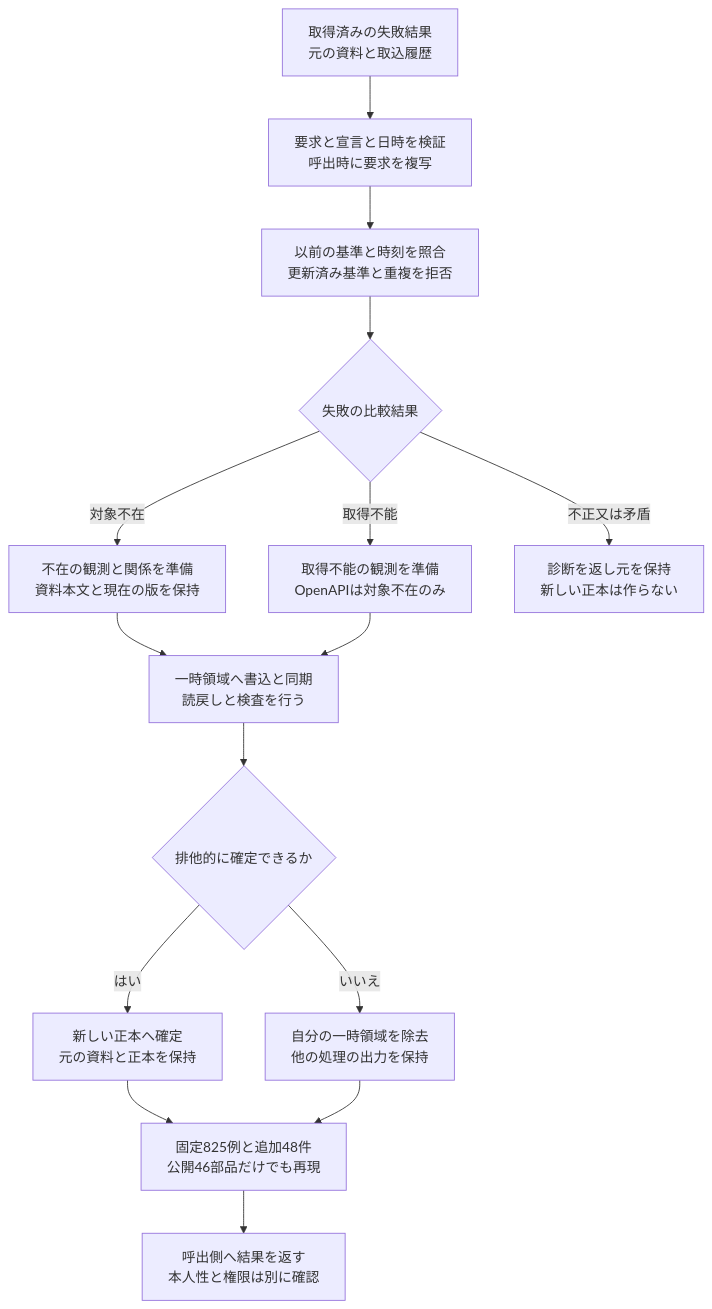
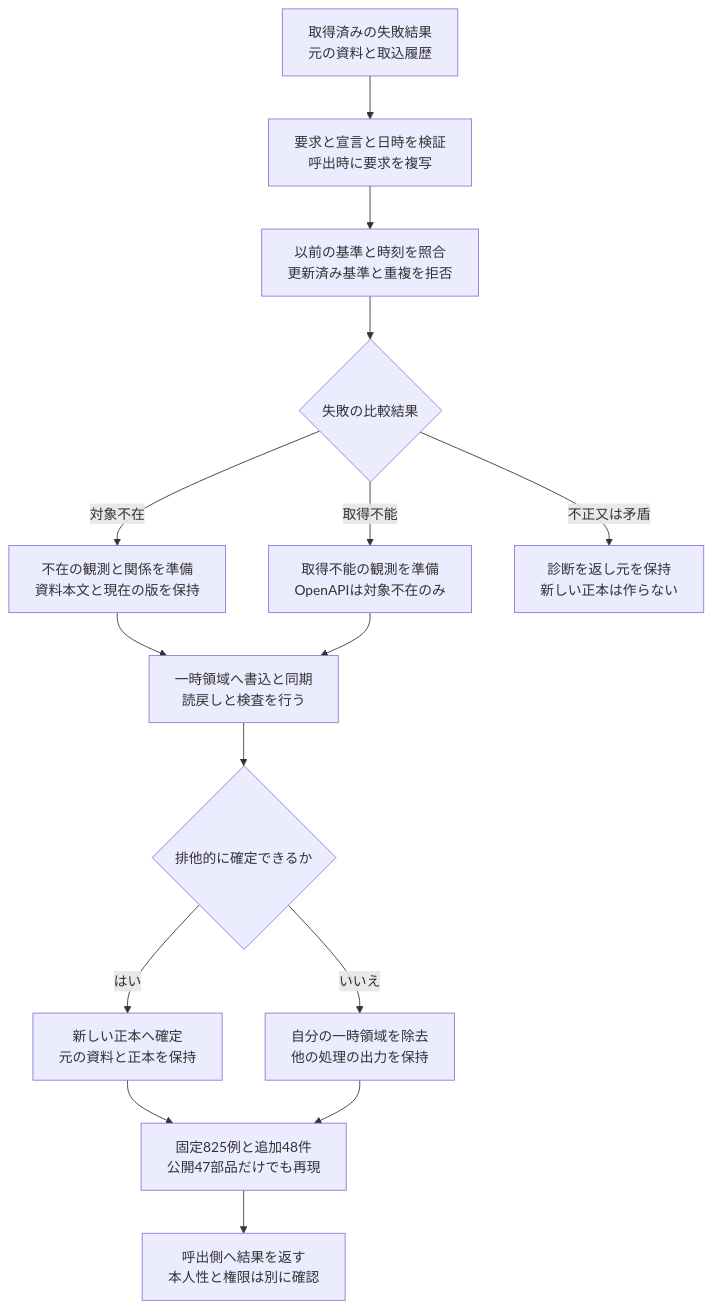
One commit to koukemo/morivyx changed the diagram in docs/diagrams/python-import-availability.mmd. Above: the diagram before and after it, drawn with Mermaid. The commit also changed 48 other files, not shown here.

```diff
--- a/docs/diagrams/python-import-availability.mmd
+++ b/docs/diagrams/python-import-availability.mmd
@@ -1,15 +1,15 @@
 flowchart TD
   A[取得済みの失敗結果<br/>元の資料と取込履歴] --> B[要求と宣言と日時を検証<br/>呼出時に要求を複写]
   B --> C[以前の基準と時刻を照合<br/>更新済み基準と重複を拒否]
   C --> D{失敗の比較結果}
   D -->|対象不在| E[不在の観測と関係を準備<br/>資料本文と現在の版を保持]
   D -->|取得不能| F[取得不能の観測を準備<br/>OpenAPIは対象不在のみ]
   D -->|不正又は矛盾| G[診断を返し元を保持<br/>新しい正本は作らない]
   E --> H[一時領域へ書込と同期<br/>読戻しと検査を行う]
   F --> H
   H --> I{排他的に確定できるか}
   I -->|はい| J[新しい正本へ確定<br/>元の資料と正本を保持]
   I -->|いいえ| K[自分の一時領域を除去<br/>他の処理の出力を保持]
-  J --> L[固定825例と追加48件<br/>公開46部品だけでも再現]
+  J --> L[固定825例と追加48件<br/>公開47部品だけでも再現]
   K --> L
   L --> M[呼出側へ結果を返す<br/>本人性と権限は別に確認]
```
